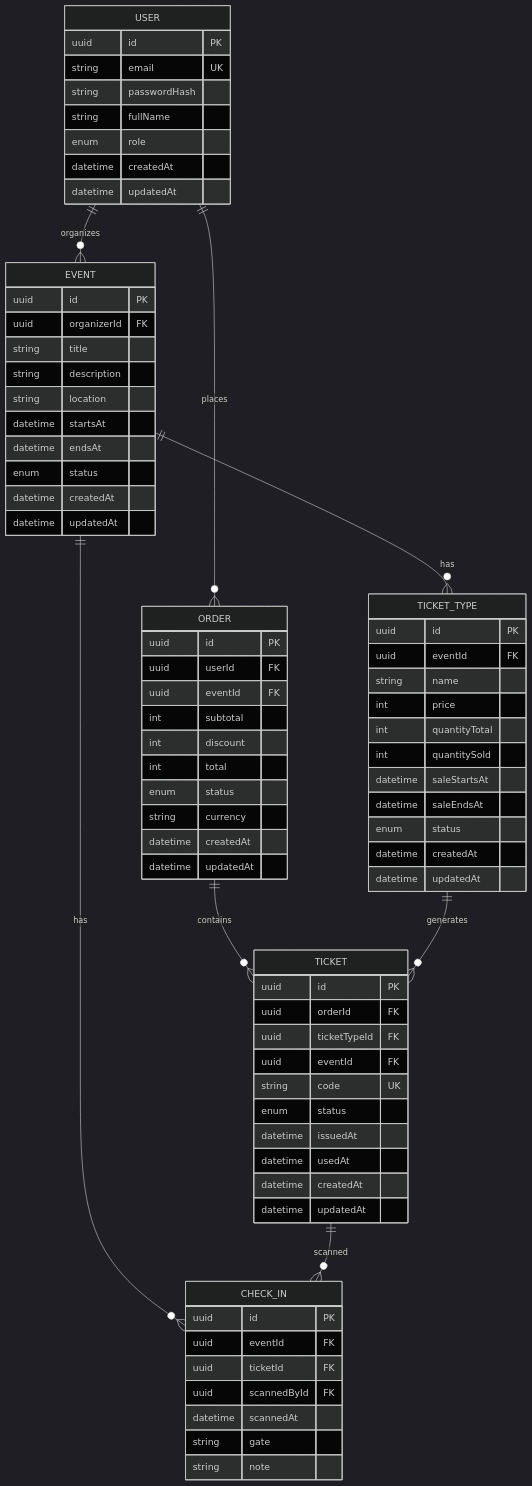
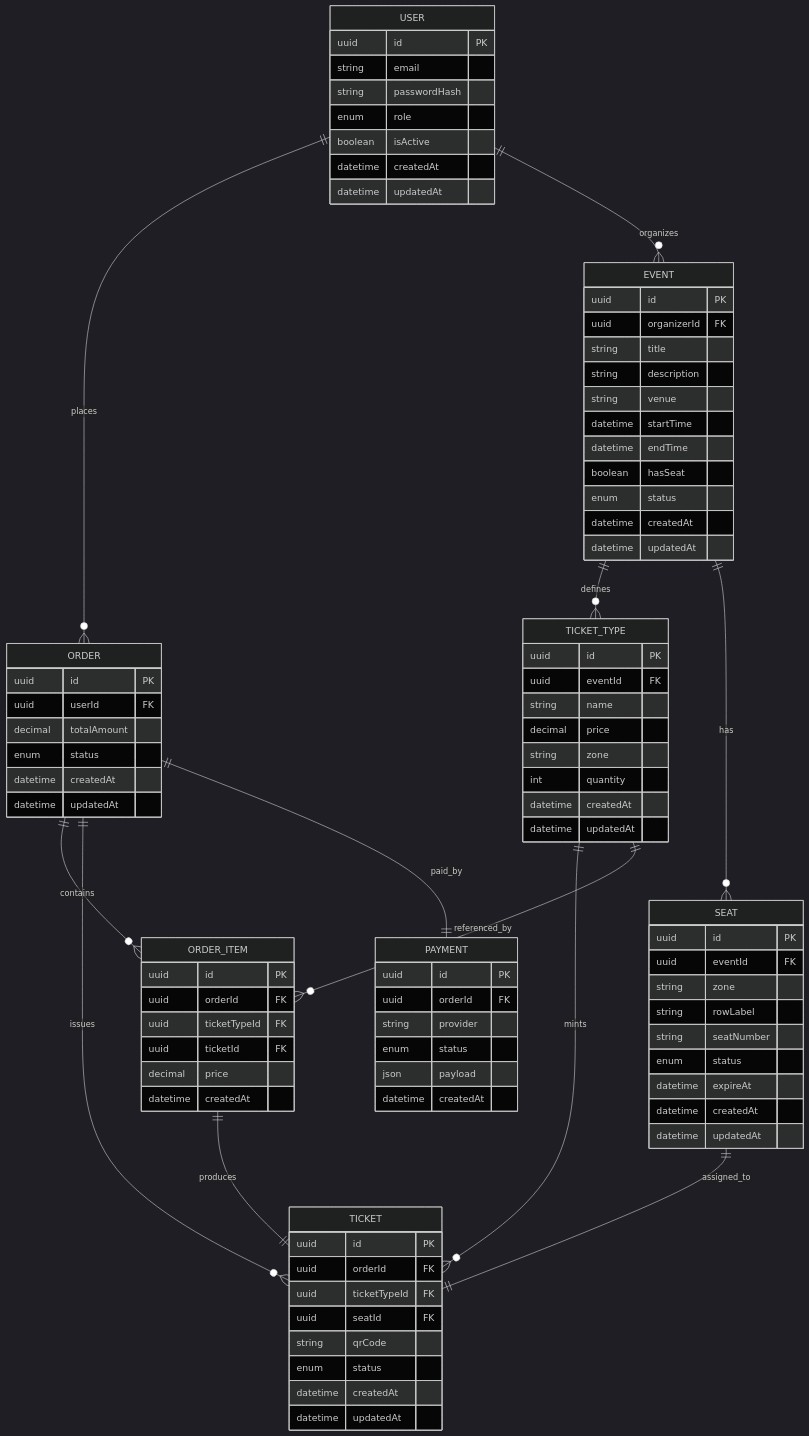
The diagram in docs/erd.md (nbploc08/eventHub), drawn with Mermaid (dark theme) before and after one commit.

````diff
--- a/docs/erd.md
+++ b/docs/erd.md
@@ -1,84 +1,105 @@
 ```mermaid
 erDiagram
-  USER ||--o{ EVENT : organizes
-  USER ||--o{ ORDER : places
-  EVENT ||--o{ TICKET_TYPE : has
-  ORDER ||--o{ TICKET : contains
-  TICKET_TYPE ||--o{ TICKET : generates
-  EVENT ||--o{ CHECK_IN : has
-  TICKET ||--o{ CHECK_IN : scanned
+    USER ||--o{ ORDER : places
+    USER ||--o{ EVENT : organizes
 
-  USER {
-    uuid id PK
-    string email UK
-    string passwordHash
-    string fullName
-    enum role
-    datetime createdAt
-    datetime updatedAt
-  }
+    EVENT ||--o{ TICKET_TYPE : defines
+    EVENT ||--o{ SEAT : has
 
-  EVENT {
-    uuid id PK
-    uuid organizerId FK
-    string title
-    string description
-    string location
-    datetime startsAt
-    datetime endsAt
-    enum status
-    datetime createdAt
-    datetime updatedAt
-  }
+    ORDER ||--o{ ORDER_ITEM : contains
+    ORDER ||--o{ TICKET : issues
+    ORDER ||--|| PAYMENT : paid_by
 
-  TICKET_TYPE {
-    uuid id PK
-    uuid eventId FK
-    string name
-    int price
-    int quantityTotal
-    int quantitySold
-    datetime saleStartsAt
-    datetime saleEndsAt
-    enum status
-    datetime createdAt
-    datetime updatedAt
-  }
+    TICKET_TYPE ||--o{ TICKET : mints
+    TICKET_TYPE ||--o{ ORDER_ITEM : referenced_by
 
-  ORDER {
-    uuid id PK
-    uuid userId FK
-    uuid eventId FK
-    int subtotal
-    int discount
-    int total
-    enum status
-    string currency
-    datetime createdAt
-    datetime updatedAt
-  }
+    SEAT ||--|| TICKET : assigned_to
 
-  TICKET {
-    uuid id PK
-    uuid orderId FK
-    uuid ticketTypeId FK
-    uuid eventId FK
-    string code UK
-    enum status
-    datetime issuedAt
-    datetime usedAt
-    datetime createdAt
-    datetime updatedAt
-  }
+    ORDER_ITEM ||--|| TICKET : produces
 
-  CHECK_IN {
-    uuid id PK
-    uuid eventId FK
-    uuid ticketId FK
-    uuid scannedById FK
-    datetime scannedAt
-    string gate
-    string note
-  }
+    USER {
+        uuid id PK
+        string email
+        string passwordHash
+        enum role
+        boolean isActive
+        datetime createdAt
+        datetime updatedAt
+    }
+
+    EVENT {
+        uuid id PK
+        uuid organizerId FK
+        string title
+        string description
+        string venue
+        datetime startTime
+        datetime endTime
+        boolean hasSeat
+        enum status
+        datetime createdAt
+        datetime updatedAt
+    }
+
+    TICKET_TYPE {
+        uuid id PK
+        uuid eventId FK
+        string name
+        decimal price
+        string zone
+        int quantity
+        datetime createdAt
+        datetime updatedAt
+    }
+
+    SEAT {
+        uuid id PK
+        uuid eventId FK
+        string zone
+        string rowLabel
+        string seatNumber
+        enum status
+        datetime expireAt
+        datetime createdAt
+        datetime updatedAt
+    }
+
+    ORDER {
+        uuid id PK
+        uuid userId FK
+        decimal totalAmount
+        enum status
+        datetime createdAt
+        datetime updatedAt
+    }
+
+    ORDER_ITEM {
+        uuid id PK
+        uuid orderId FK
+        uuid ticketTypeId FK
+        uuid ticketId FK
+        decimal price
+        datetime createdAt
+    }
+
+    TICKET {
+        uuid id PK
+        uuid orderId FK
+        uuid ticketTypeId FK
+        uuid seatId FK
+        string qrCode
+        enum status
+        datetime createdAt
+        datetime updatedAt
+    }
+
+    PAYMENT {
+        uuid id PK
+        uuid orderId FK
+        string provider
+        enum status
+        json payload
+        datetime createdAt
+    }
 
 ```
````
